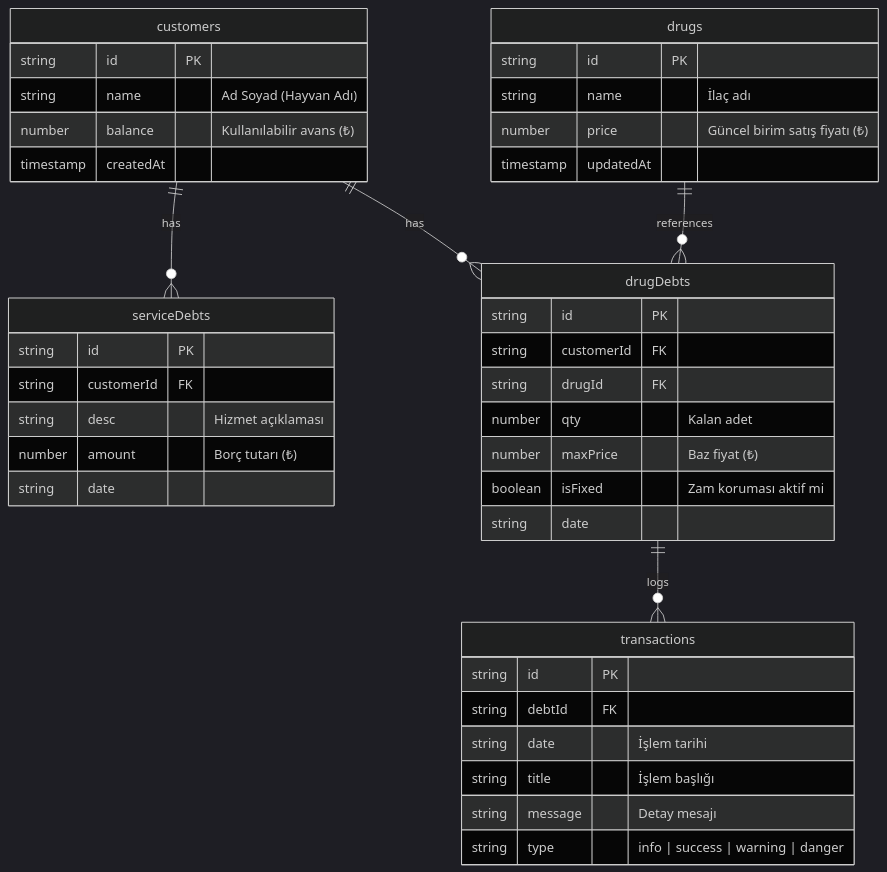
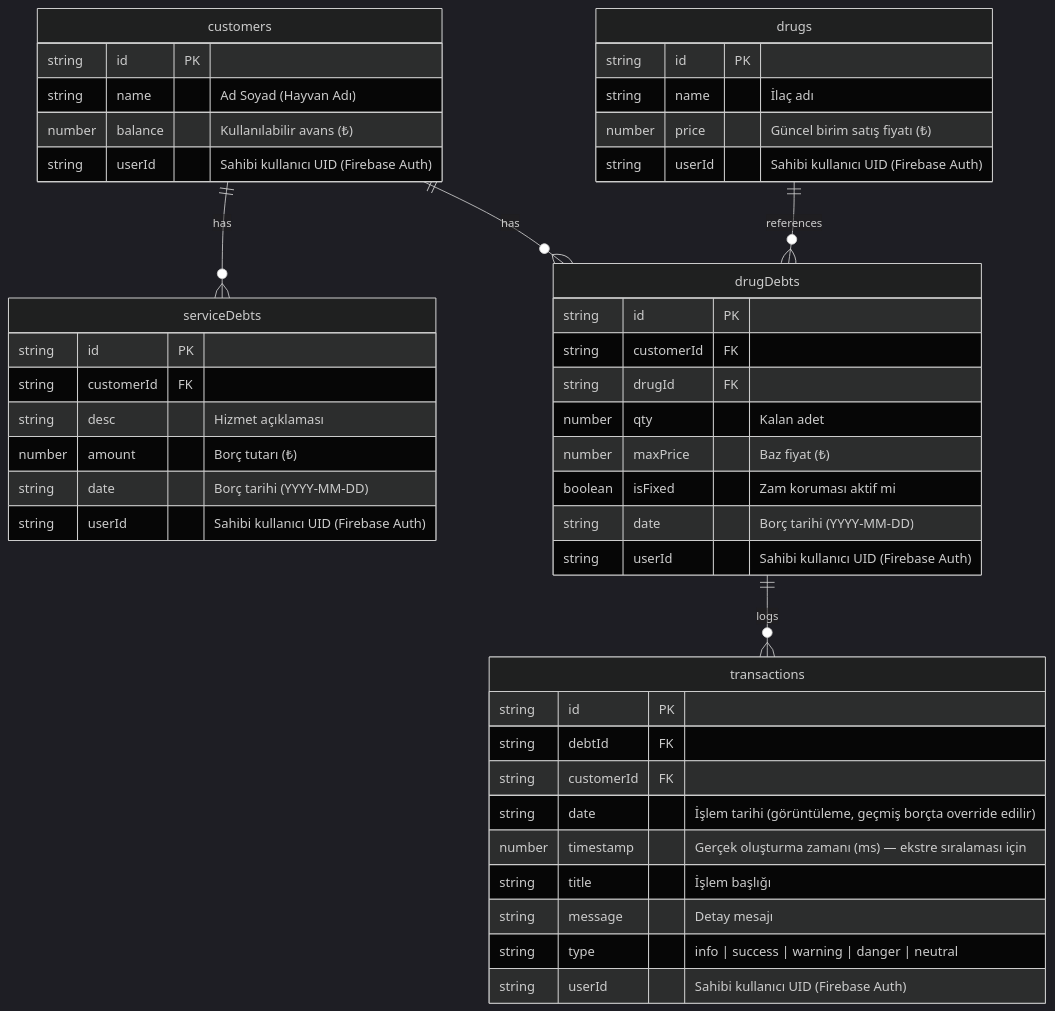
One commit to omerf-engin/vetcari-app changed the second of 4 diagrams in docs/ARCHITECTURE.md. Above: the diagram before and after it, drawn with Mermaid (dark theme). The commit also changed other lines of this file and 1 other file, not shown here.

First line of the commit message:
docs: ARCHITECTURE.md ve ROADMAP.md guncellendi (TASK-016, TASK-017 yansimalari)

````diff
--- a/docs/ARCHITECTURE.md
+++ b/docs/ARCHITECTURE.md
@@ -185,48 +189,53 @@
 ```mermaid
 erDiagram
     customers ||--o{ serviceDebts : "has"
     customers ||--o{ drugDebts : "has"
     drugDebts ||--o{ transactions : "logs"
     drugs ||--o{ drugDebts : "references"
 
     customers {
         string id PK
         string name "Ad Soyad (Hayvan Adı)"
         number balance "Kullanılabilir avans (₺)"
-        timestamp createdAt
+        string userId "Sahibi kullanıcı UID (Firebase Auth)"
     }
 
     drugs {
         string id PK
         string name "İlaç adı"
         number price "Güncel birim satış fiyatı (₺)"
-        timestamp updatedAt
+        string userId "Sahibi kullanıcı UID (Firebase Auth)"
     }
 
     serviceDebts {
         string id PK
         string customerId FK
         string desc "Hizmet açıklaması"
         number amount "Borç tutarı (₺)"
-        string date
+        string date "Borç tarihi (YYYY-MM-DD)"
+        string userId "Sahibi kullanıcı UID (Firebase Auth)"
     }
 
     drugDebts {
         string id PK
         string customerId FK
         string drugId FK
         number qty "Kalan adet"
         number maxPrice "Baz fiyat (₺)"
         boolean isFixed "Zam koruması aktif mi"
-        string date
+        string date "Borç tarihi (YYYY-MM-DD)"
+        string userId "Sahibi kullanıcı UID (Firebase Auth)"
     }
 
     transactions {
         string id PK
         string debtId FK
-        string date "İşlem tarihi"
+        string customerId FK
+        string date "İşlem tarihi (görüntüleme, geçmiş borçta override edilir)"
+        number timestamp "Gerçek oluşturma zamanı (ms) — ekstre sıralaması için"
         string title "İşlem başlığı"
         string message "Detay mesajı"
-        string type "info | success | warning | danger"
+        string type "info | success | warning | danger | neutral"
+        string userId "Sahibi kullanıcı UID (Firebase Auth)"
     }
 ```
````
